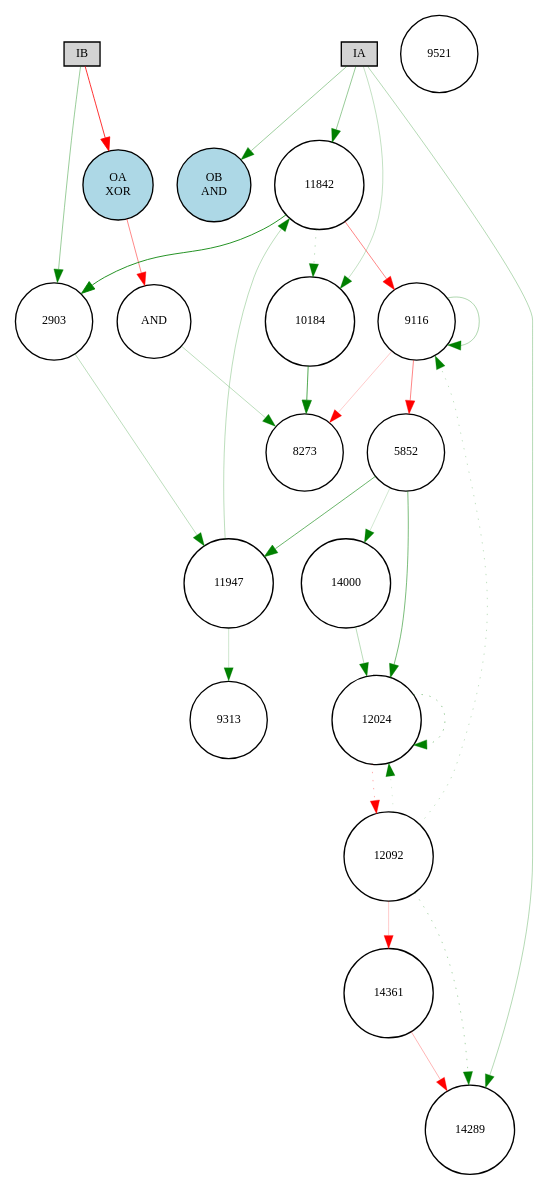
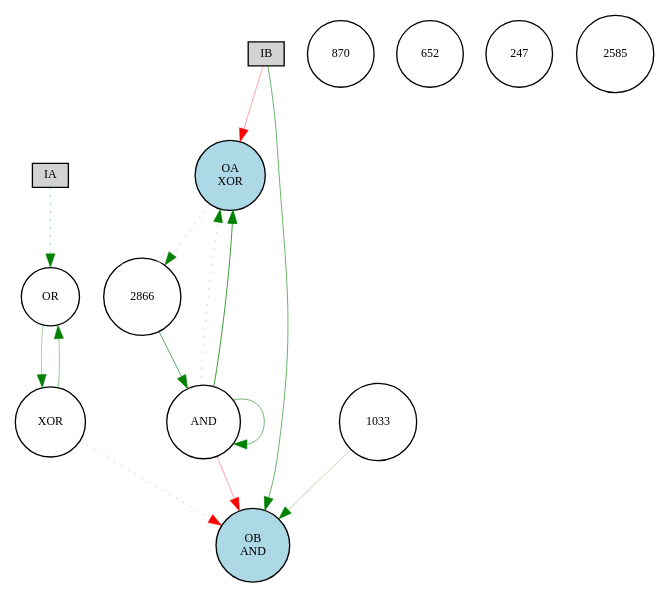
The diagram in source/discrete_experiment/Digraph.gv (danxan/neuromorphic-evolution), drawn with Graphviz before and after one commit. The commit also changed 7 other files, not shown here.

```diff
--- a/source/discrete_experiment/Digraph.gv
+++ b/source/discrete_experiment/Digraph.gv
@@ -1,55 +1,36 @@
 digraph {
 	node [fontsize=9 height=0.2 shape=circle width=0.2]
 	IA [fillcolor=lightgray shape=box style=filled]
 	IB [fillcolor=lightgray shape=box style=filled]
 	"OA
 XOR" [fillcolor=lightblue style=filled]
 	"OB
 AND" [fillcolor=lightblue style=filled]
-	9313 [fillcolor=white style=filled]
-	11842 [fillcolor=white style=filled]
-	12092 [fillcolor=white style=filled]
-	10184 [fillcolor=white style=filled]
-	9116 [fillcolor=white style=filled]
-	11947 [fillcolor=white style=filled]
-	14000 [fillcolor=white style=filled]
-	8273 [fillcolor=white style=filled]
-	9521 [fillcolor=white style=filled]
-	14289 [fillcolor=white style=filled]
-	2903 [fillcolor=white style=filled]
-	12024 [fillcolor=white style=filled]
-	14361 [fillcolor=white style=filled]
-	5852 [fillcolor=white style=filled]
+	870 [fillcolor=white style=filled]
+	1033 [fillcolor=white style=filled]
+	652 [fillcolor=white style=filled]
+	2866 [fillcolor=white style=filled]
+	247 [fillcolor=white style=filled]
+	2585 [fillcolor=white style=filled]
 	IB -> "OA
-XOR" [color=red penwidth=0.597578960550803 style=solid]
-	IA -> "OB
-AND" [color=green penwidth=0.2882934305337479 style=solid]
-	9116 -> 5852 [color=red penwidth=0.3625968942427118 style=solid]
-	12024 -> 12024 [color=green penwidth=0.32436630898749397 style=dotted]
-	12092 -> 12024 [color=green penwidth=0.12376922814366217 style=dotted]
-	11842 -> 10184 [color=green penwidth=0.22203121340906762 style=dotted]
-	2903 -> 11947 [color=green penwidth=0.20200955548739366 style=solid]
-	12092 -> 9116 [color=green penwidth=0.1941974453254968 style=dotted]
-	IA -> 10184 [color=green penwidth=0.1849300052607309 style=solid]
-	10184 -> 8273 [color=green penwidth=0.5125378278374565 style=solid]
-	IB -> 2903 [color=green penwidth=0.30217966587765194 style=solid]
-	12024 -> 12092 [color=red penwidth=0.24976709038984923 style=dotted]
-	5852 -> 12024 [color=green penwidth=0.3873299964692515 style=solid]
-	11947 -> 11842 [color=green penwidth=0.20435404789919376 style=solid]
-	9116 -> 8273 [color=red penwidth=0.15787650159043487 style=solid]
-	AND -> 8273 [color=green penwidth=0.2003225234341109 style=solid]
-	12092 -> 14289 [color=green penwidth=0.263456299161529 style=dotted]
+XOR" [color=red penwidth=0.26511972518190985 style=solid]
+	IB -> "OB
+AND" [color=green penwidth=0.44439891870112436 style=solid]
+	AND -> "OA
+XOR" [color=green penwidth=0.2223988041802151 style=dotted]
+	AND -> AND [color=green penwidth=0.4249525853809706 style=solid]
+	IA -> OR [color=green penwidth=0.3470788339644254 style=dotted]
+	AND -> "OB
+AND" [color=red penwidth=0.28155673518189617 style=solid]
+	XOR -> "OB
+AND" [color=red penwidth=0.26078089764804324 style=dotted]
+	OR -> XOR [color=green penwidth=0.2487188200853865 style=solid]
+	1033 -> "OB
+AND" [color=green penwidth=0.20772091738767576 style=solid]
+	AND -> "OA
+XOR" [color=green penwidth=0.5738318278442679 style=solid]
 	"OA
-XOR" -> AND [color=red penwidth=0.34868618663860906 style=solid]
-	11842 -> 9116 [color=red penwidth=0.3563618303768361 style=solid]
-	12092 -> 14361 [color=red penwidth=0.16352911074400311 style=solid]
-	14361 -> 14289 [color=red penwidth=0.2196363202502204 style=solid]
-	14000 -> 12024 [color=green penwidth=0.20931131242223394 style=solid]
-	9116 -> 9116 [color=green penwidth=0.24401765205598488 style=solid]
-	5852 -> 11947 [color=green penwidth=0.44228513336621256 style=solid]
-	5852 -> 14000 [color=green penwidth=0.13959725952580748 style=solid]
-	IA -> 11842 [color=green penwidth=0.3145659215688239 style=solid]
-	11947 -> 9313 [color=green penwidth=0.15301126960364847 style=solid]
-	11842 -> 2903 [color=green penwidth=0.6446504896778084 style=solid]
-	IA -> 14289 [color=green penwidth=0.22449507256640205 style=solid]
+XOR" -> 2866 [color=green penwidth=0.3112992002649394 style=dotted]
+	XOR -> OR [color=green penwidth=0.31685594035575293 style=solid]
+	2866 -> AND [color=green penwidth=0.4715085942984605 style=solid]
 }
```
